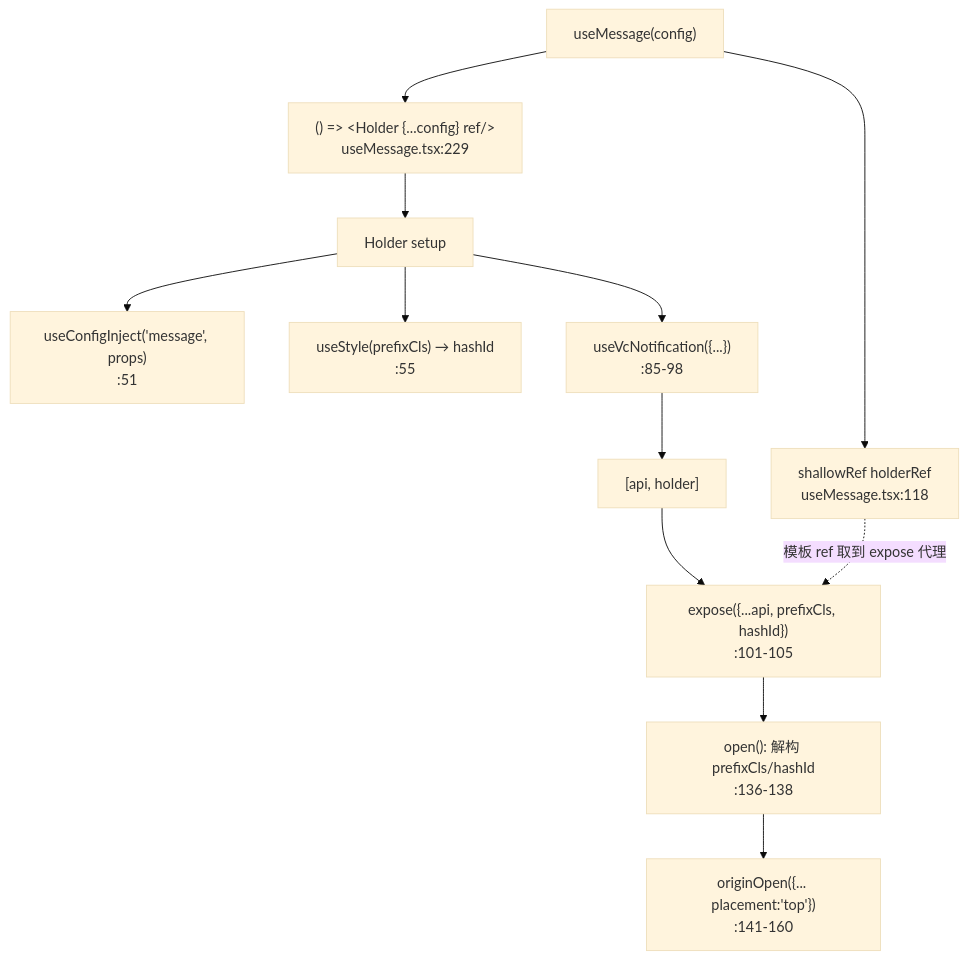
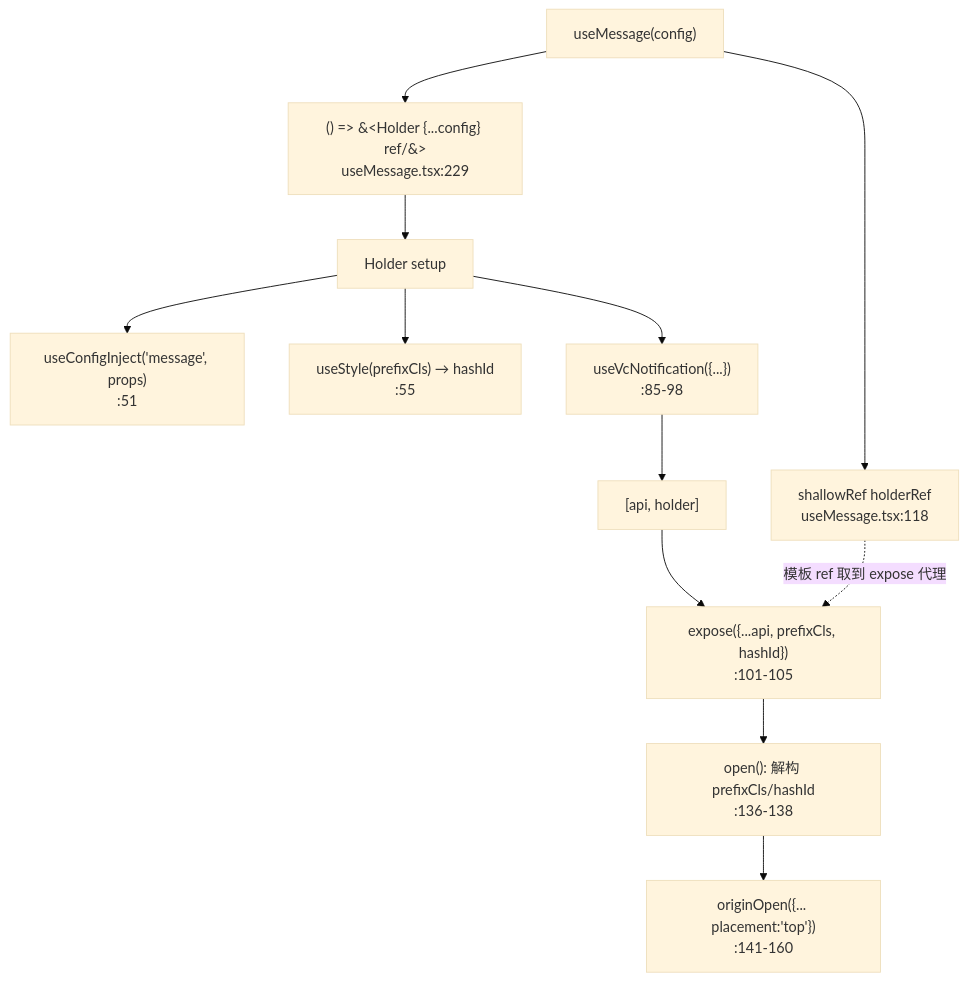
The first of 2 diagrams in docs/15-XiaoyeUI源码专栏/03-components/07-feedback/C07-06-message-全局消息.md (zhangzhengyang27/tech-codex), drawn with Mermaid (base theme) before and after one commit. The commit also changed 195 other files, not shown here.

````diff
--- a/docs/15-XiaoyeUI源码专栏/03-components/07-feedback/C07-06-message-全局消息.md
+++ b/docs/15-XiaoyeUI源码专栏/03-components/07-feedback/C07-06-message-全局消息.md
@@ -41,14 +41,14 @@
 ```mermaid
 graph TD
   A["useMessage(config)"] --> B["shallowRef holderRef<br/>useMessage.tsx:118"]
-  A --> C["() => &lt;Holder {...config} ref/&gt;<br/>useMessage.tsx:229"]
+  A --> C["() => &#60;Holder {...config} ref/&#62;<br/>useMessage.tsx:229"]
   C --> D["Holder setup"]
   D --> E["useConfigInject('message', props)<br/>:51"]
   D --> F["useStyle(prefixCls) → hashId<br/>:55"]
   D --> G["useVcNotification({...})<br/>:85-98"]
   G --> H["[api, holder]"]
   H --> I["expose({...api, prefixCls, hashId})<br/>:101-105"]
   B -.->|模板 ref 取到 expose 代理| I
   I --> J["open(): 解构 prefixCls/hashId<br/>:136-138"]
   J --> K["originOpen({... placement:'top'})<br/>:141-160"]
 ```
````
